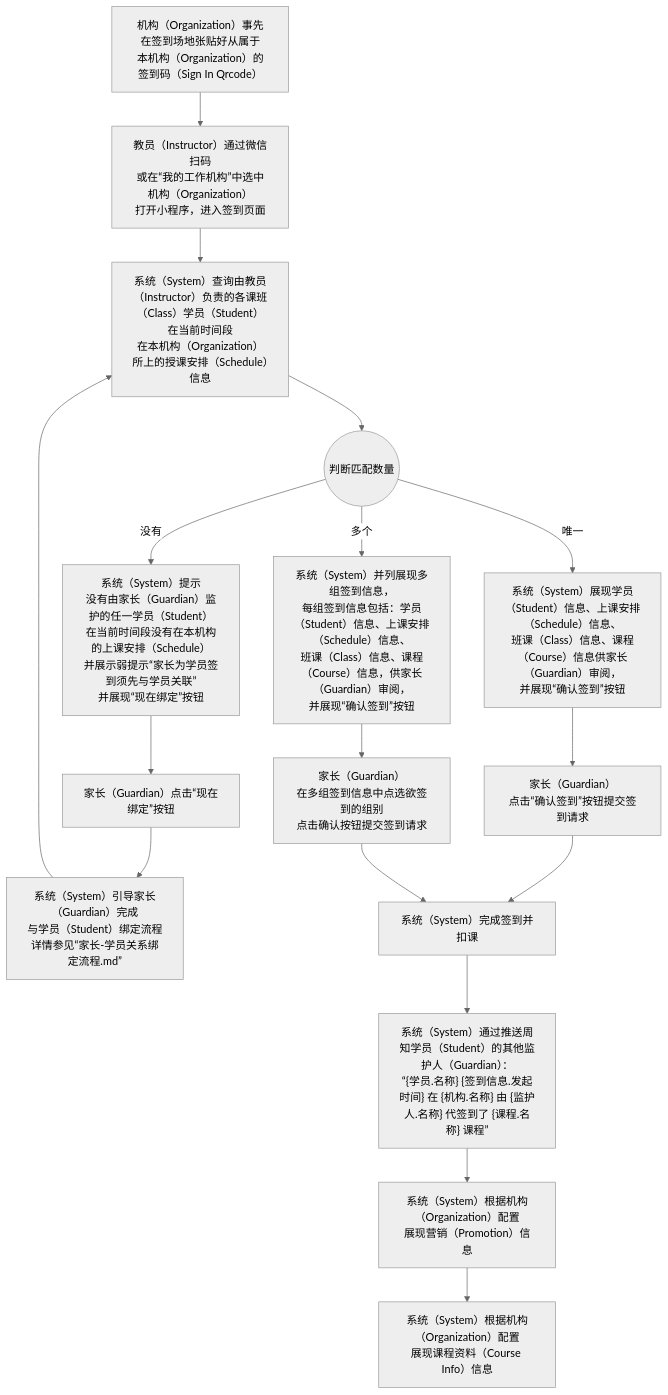
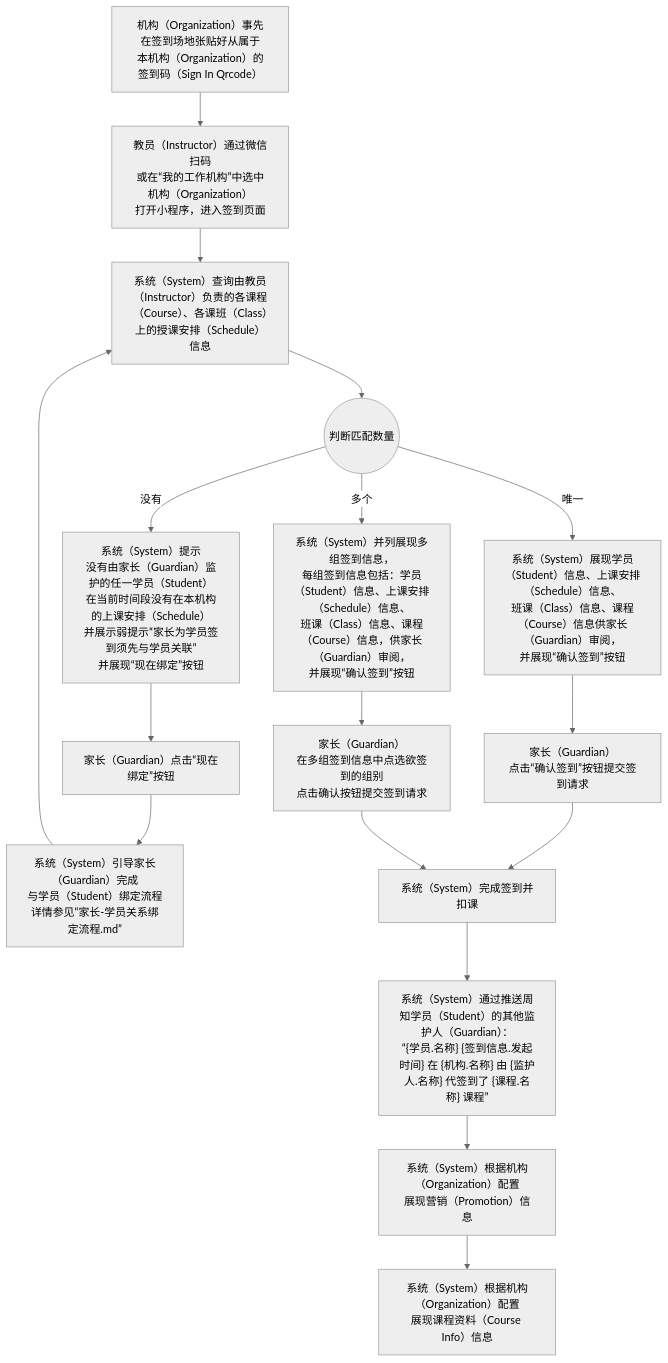
Before and after one commit to world-wide-web/sign: the third of 3 diagrams in 用例/签到.md, drawn with Mermaid (neutral theme). The commit also changed other lines of this file, not shown here.

````diff
--- a/用例/签到.md
+++ b/用例/签到.md
@@ -81,34 +81,34 @@
 ```mermaid
 graph TD
 A["<center>机构（Organization）事先在签到场地张贴好从属于<br>本机构（Organization）的签到码（Sign In Qrcode）</center>"]
 B["<center>教员（Instructor）通过微信扫码<br>或在“我的工作机构”中选中机构（Organization）<br>打开小程序，进入签到页面</center>"]
-C["<center>系统（System）查询由教员（Instructor）负责的各课班（Class）学员（Student）在当前时间段<br>在本机构（Organization）所上的授课安排（Schedule）信息"]
+C["<center>系统（System）查询由教员（Instructor）负责的各课程（Course）、各课班（Class）上的授课安排（Schedule）信息"]
 D(("<center>判断匹配数量</center>"))
 D0["<center>系统（System）提示<br>没有由家长（Guardian）监护的任一学员（Student）<br>在当前时间段没有在本机构的上课安排（Schedule）<br>并展示弱提示“家长为学员签到须先与学员关联”<br>并展现“现在绑定”按钮</center>"]
 D0A["<center>家长（Guardian）点击“现在绑定”按钮</center>"]
 D0B["<center>系统（System）引导家长（Guardian）完成<br>与学员（Student）绑定流程<br>详情参见“家长-学员关系绑定流程.md”</center>"]
 D1["<center>系统（System）展现学员（Student）信息、上课安排（Schedule）信息、<br>班课（Class）信息、课程（Course）信息供家长（Guardian）审阅，<br>并展现“确认签到”按钮</center>"]
 D1A["<center>家长（Guardian）<br>点击“确认签到”按钮提交签到请求</center>"]
 Dn["<center>系统（System）并列展现多组签到信息，<br>每组签到信息包括：学员（Student）信息、上课安排（Schedule）信息、<br>班课（Class）信息、课程（Course）信息，供家长（Guardian）审阅，<br>并展现“确认签到”按钮</center>"]
 DnA["<center>家长（Guardian）<br>在多组签到信息中点选欲签到的组别<br>点击确认按钮提交签到请求</center>"]
 E["<center>系统（System）完成签到并扣课</center>"]
 F["<center>系统（System）通过推送周知学员（Student）的其他监护人（Guardian）：<br>“{学员.名称} {签到信息.发起时间} 在 {机构.名称} 由 {监护人.名称} 代签到了 {课程.名称} 课程”</center>"]
 G["<center>系统（System）根据机构（Organization）配置<br>展现营销（Promotion）信息</center>"]
 H["<center>系统（System）根据机构（Organization）配置<br>展现课程资料（Course Info）信息</center>"]
 A-->B
 B-->C
 C-->D
 D--没有-->D0
 D0-->D0A
 D0A-->D0B
 D0B-->C
 D--唯一-->D1
 D1-->D1A
 D1A-->E
 D--多个-->Dn
 Dn-->DnA
 DnA-->E
 E-->F
 F-->G
 G-->H
 ```
````
